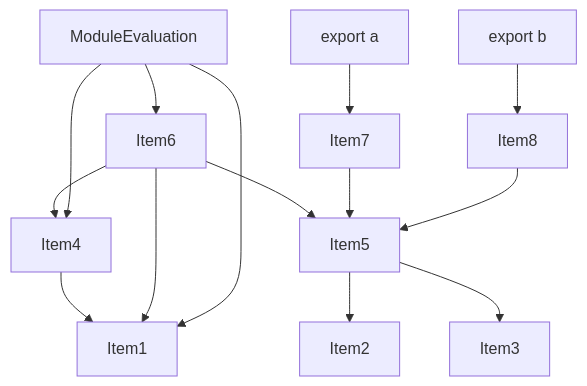
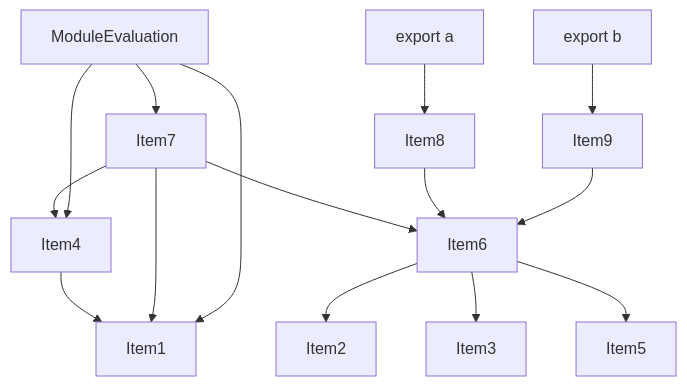
Before and after one commit to vercel/turborepo: the fourth of 5 diagrams in crates/turbopack-ecmascript/tests/tree-shaker/analyzer/shared-and-side-effects/output.md, drawn with Mermaid. The commit also changed other lines of this file and 1 other file, not shown here.

````diff
--- a/crates/turbopack-ecmascript/tests/tree-shaker/analyzer/shared-and-side-effects/output.md
+++ b/crates/turbopack-ecmascript/tests/tree-shaker/analyzer/shared-and-side-effects/output.md
@@ -170,30 +187,32 @@
 ```mermaid
 graph TD
     Item1;
     Item2;
     Item3;
     Item4;
     Item5;
     Item6;
     Item7;
     Item8;
     Item9;
-    Item9["ModuleEvaluation"];
     Item10;
-    Item10["export a"];
+    Item10["ModuleEvaluation"];
     Item11;
-    Item11["export b"];
+    Item11["export a"];
+    Item12;
+    Item12["export b"];
     Item4 --> Item1;
-    Item5 --> Item2;
-    Item5 --> Item3;
+    Item6 --> Item2;
+    Item6 --> Item3;
     Item6 --> Item5;
-    Item6 --> Item1;
-    Item6 --> Item4;
-    Item7 --> Item5;
-    Item8 --> Item5;
-    Item9 --> Item1;
-    Item9 --> Item4;
+    Item7 --> Item6;
+    Item7 --> Item1;
+    Item7 --> Item4;
+    Item8 --> Item6;
     Item9 --> Item6;
+    Item10 --> Item1;
+    Item10 --> Item4;
     Item10 --> Item7;
     Item11 --> Item8;
+    Item12 --> Item9;
 ```
````
